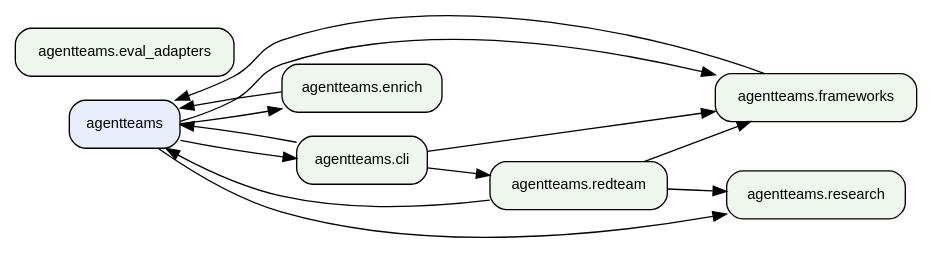
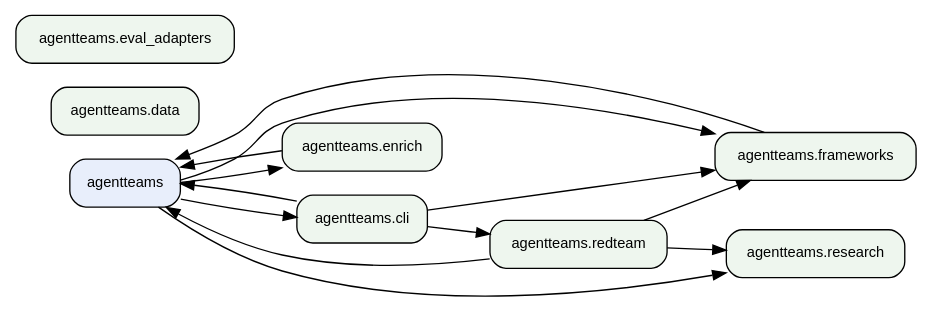
The second of 2 diagrams in references/architecture-graph.md (jlcatonjr/agentteams), drawn with Graphviz before and after one commit. The commit also changed other lines of this file and 21 other files, not shown here.

````diff
--- a/references/architecture-graph.md
+++ b/references/architecture-graph.md
@@ -312,26 +316,27 @@
 ```dot
 digraph "agentteams architecture" {
     rankdir=LR;
     node [fontname="Helvetica", fontsize=11, shape=box, style="rounded,filled", fillcolor="#eef6ee"];
     edge [fontsize=9];
     "agentteams" [fillcolor="#e8eefb"];
     "agentteams.cli" [fillcolor="#eef6ee"];
+    "agentteams.data" [fillcolor="#eef6ee"];
     "agentteams.enrich" [fillcolor="#eef6ee"];
     "agentteams.eval_adapters" [fillcolor="#eef6ee"];
     "agentteams.frameworks" [fillcolor="#eef6ee"];
     "agentteams.redteam" [fillcolor="#eef6ee"];
     "agentteams.research" [fillcolor="#eef6ee"];
     "agentteams" -> "agentteams.cli";
     "agentteams" -> "agentteams.enrich";
     "agentteams" -> "agentteams.frameworks";
     "agentteams" -> "agentteams.research";
     "agentteams.cli" -> "agentteams";
     "agentteams.cli" -> "agentteams.frameworks";
     "agentteams.cli" -> "agentteams.redteam";
     "agentteams.enrich" -> "agentteams";
     "agentteams.frameworks" -> "agentteams";
     "agentteams.redteam" -> "agentteams";
     "agentteams.redteam" -> "agentteams.frameworks";
     "agentteams.redteam" -> "agentteams.research";
 }
 ```
````
